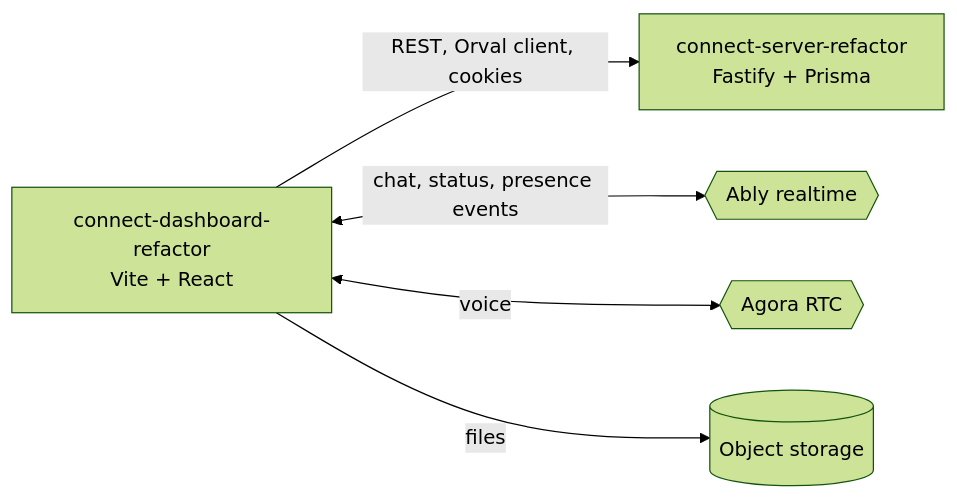
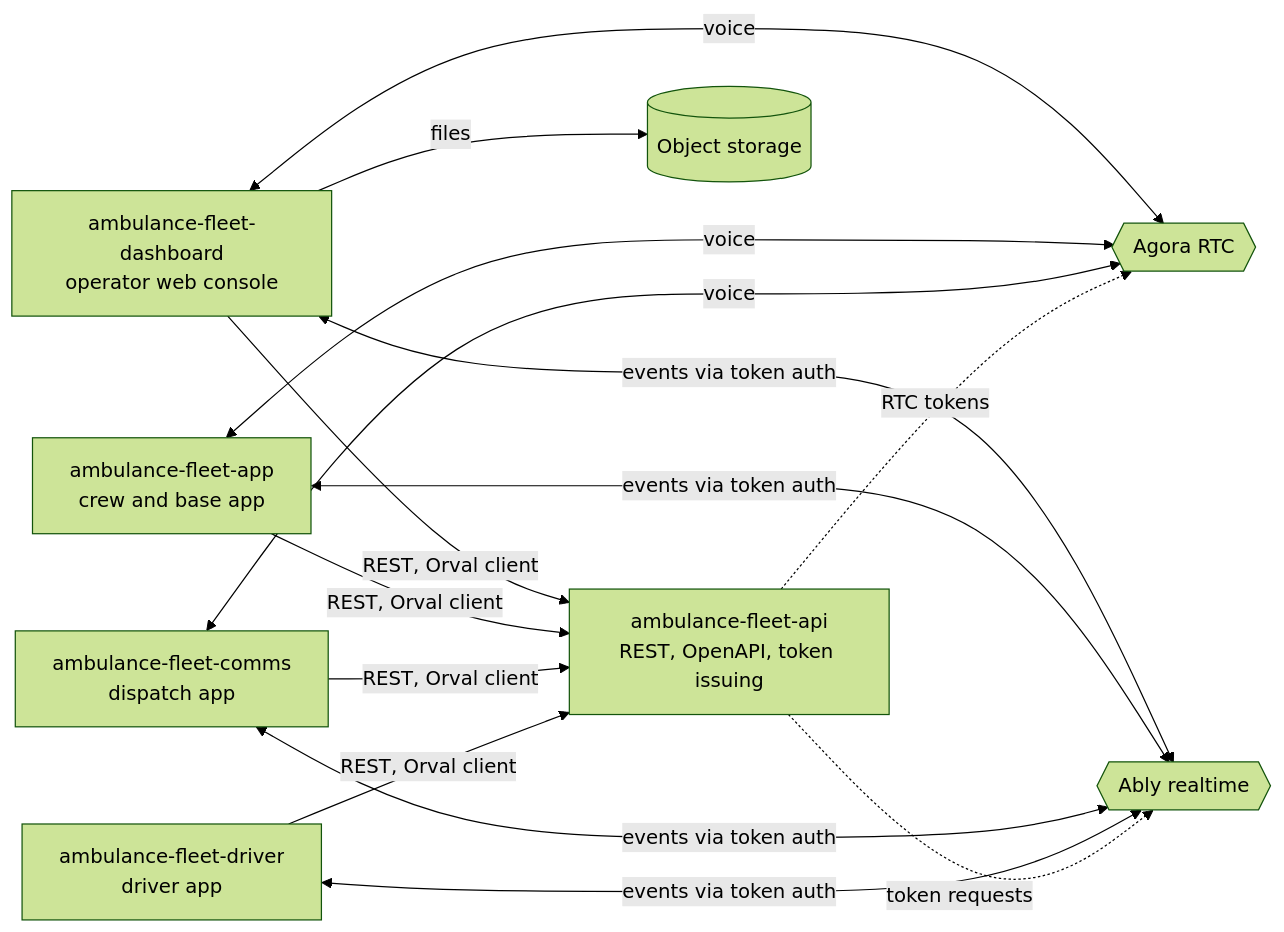
The first of 3 diagrams in README.md (mkwitko/ambulance-fleet-dashboard), drawn with Mermaid (forest theme) before and after one commit. The commit also changed other lines of this file and 1 other file, not shown here.

First line of the commit message:
docs: presentation README with architecture diagrams (#2)

````diff
--- a/README.md
+++ b/README.md
@@ -19,13 +21,18 @@
 ```mermaid
 flowchart LR
-  Dash[connect-dashboard-refactor<br/>Vite + React]
-  Server[connect-server-refactor<br/>Fastify + Prisma]
+  Dash[ambulance-fleet-dashboard<br/>operator web console]
+  App[ambulance-fleet-app<br/>crew and base app]
+  Comms[ambulance-fleet-comms<br/>dispatch app]
+  Driver[ambulance-fleet-driver<br/>driver app]
+  API[ambulance-fleet-api<br/>REST, OpenAPI, token issuing]
   Ably{{Ably realtime}}
   Agora{{Agora RTC}}
   Store[(Object storage)]
 
-  Dash -->|REST, Orval client, cookies| Server
-  Dash <-->|chat, status, presence events| Ably
-  Dash <-->|voice| Agora
+  Dash & App & Comms & Driver -->|REST, Orval client| API
+  Dash & App & Comms & Driver <-->|events via token auth| Ably
+  Dash & App & Comms <-->|voice| Agora
+  API -.->|token requests| Ably
+  API -.->|RTC tokens| Agora
   Dash -->|files| Store
 ```
````
